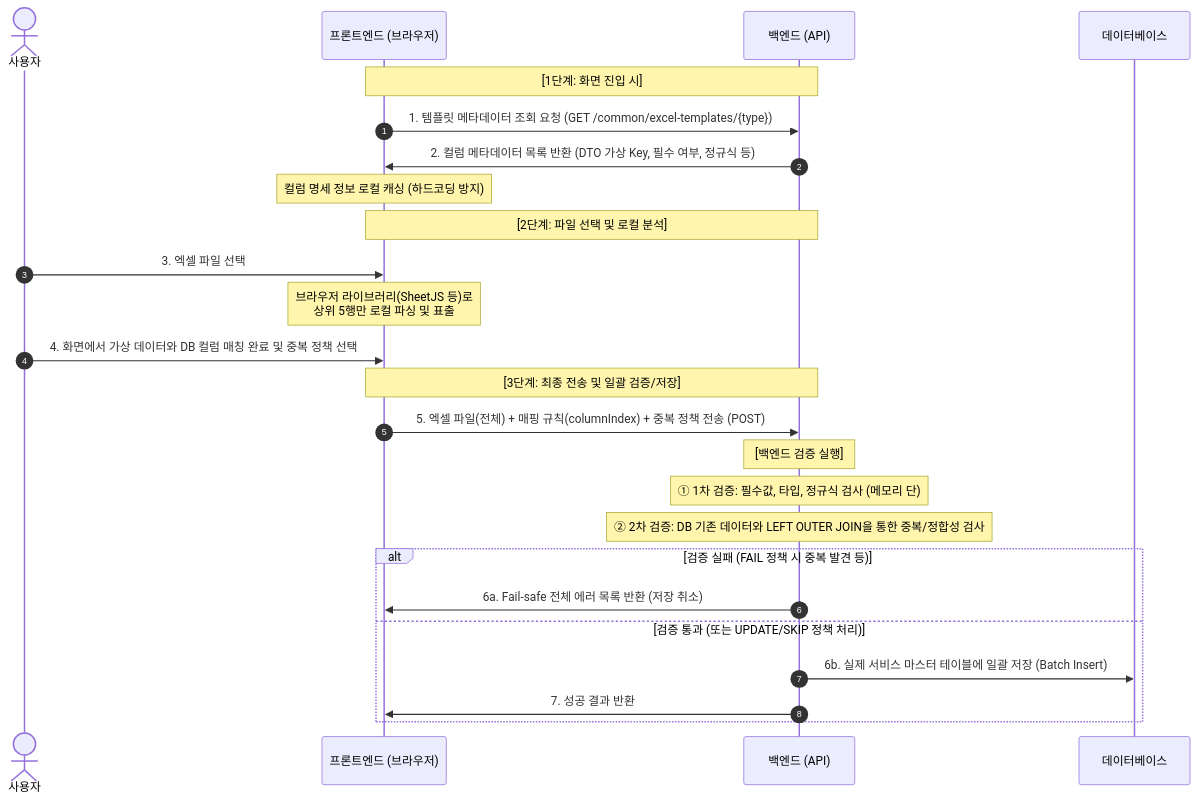
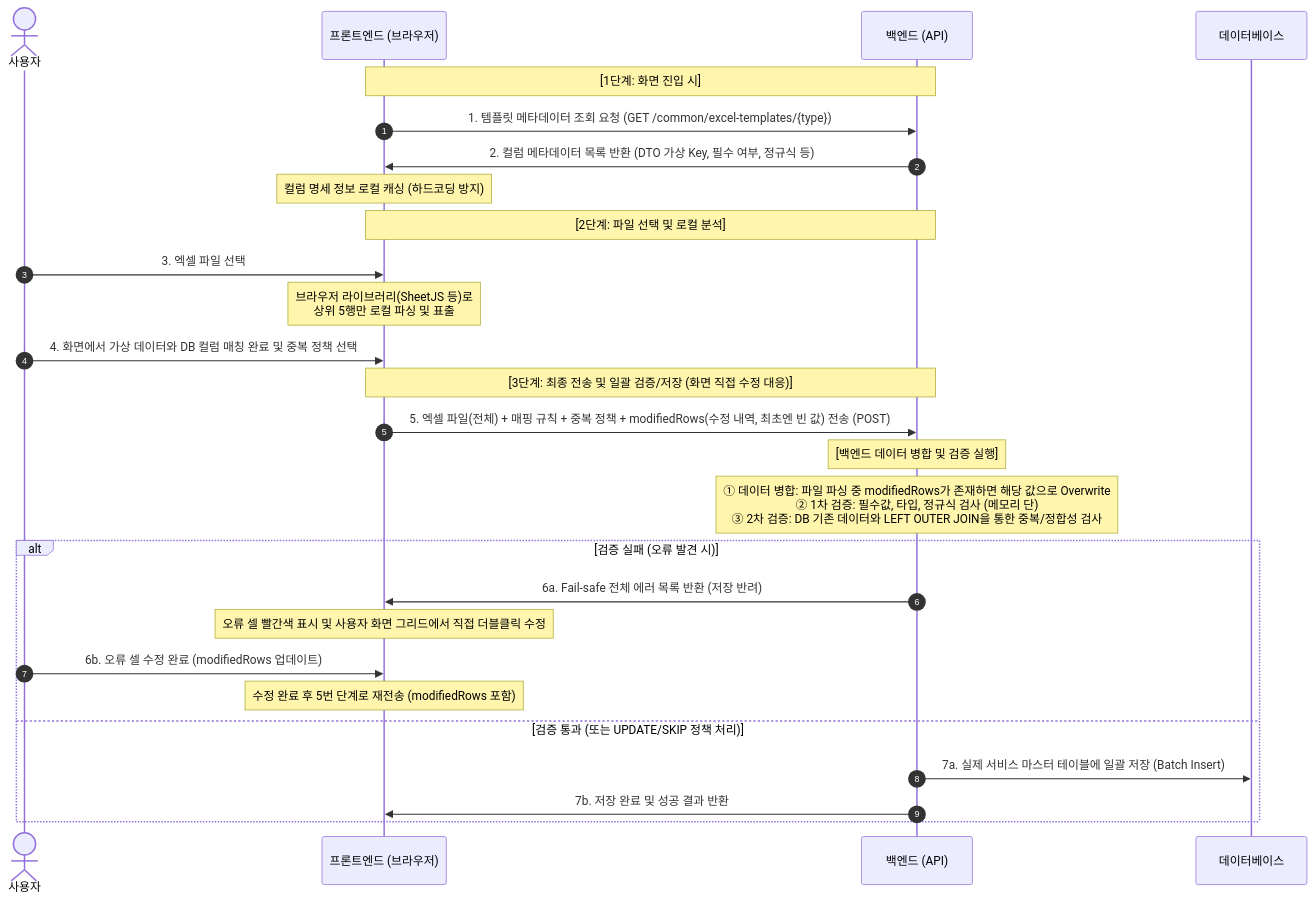
Before and after one commit to gahz8212/sa_cp7-back: the diagram in excel_import_architecture_c.md, drawn with Mermaid. The commit also changed other lines of this file and 1 other file, not shown here.

````diff
--- a/excel_import_architecture_c.md
+++ b/excel_import_architecture_c.md
@@ -25,32 +25,34 @@
 ```mermaid
 sequenceDiagram
     autonumber
     actor User as 사용자
     participant FE as 프론트엔드 (브라우저)
     participant BE as 백엔드 (API)
     participant DB as 데이터베이스
 
     Note over FE, BE: [1단계: 화면 진입 시]
     FE->>BE: 1. 템플릿 메타데이터 조회 요청 (GET /common/excel-templates/{type})
     BE->>FE: 2. 컬럼 메타데이터 목록 반환 (DTO 가상 Key, 필수 여부, 정규식 등)
     Note over FE: 컬럼 명세 정보 로컬 캐싱 (하드코딩 방지)
 
     Note over FE, BE: [2단계: 파일 선택 및 로컬 분석]
     User->>FE: 3. 엑셀 파일 선택
     Note over FE: 브라우저 라이브러리(SheetJS 등)로<br/>상위 5행만 로컬 파싱 및 표출
     User->>FE: 4. 화면에서 가상 데이터와 DB 컬럼 매칭 완료 및 중복 정책 선택
 
-    Note over FE, BE: [3단계: 최종 전송 및 일괄 검증/저장]
-    FE->>BE: 5. 엑셀 파일(전체) + 매핑 규칙(columnIndex) + 중복 정책 전송 (POST)
+    Note over FE, BE: [3단계: 최종 전송 및 일괄 검증/저장 (화면 직접 수정 대응)]
+    FE->>BE: 5. 엑셀 파일(전체) + 매핑 규칙 + 중복 정책 + modifiedRows(수정 내역, 최초엔 빈 값) 전송 (POST)
     
-    Note over BE: [백엔드 검증 실행]
-    Note over BE: ① 1차 검증: 필수값, 타입, 정규식 검사 (메모리 단)
-    Note over BE: ② 2차 검증: DB 기존 데이터와 LEFT OUTER JOIN을 통한 중복/정합성 검사
+    Note over BE: [백엔드 데이터 병합 및 검증 실행]
+    Note over BE: ① 데이터 병합: 파일 파싱 중 modifiedRows가 존재하면 해당 값으로 Overwrite<br/>② 1차 검증: 필수값, 타입, 정규식 검사 (메모리 단)<br/>③ 2차 검증: DB 기존 데이터와 LEFT OUTER JOIN을 통한 중복/정합성 검사
     
-    alt 검증 실패 (FAIL 정책 시 중복 발견 등)
-        BE->>FE: 6a. Fail-safe 전체 에러 목록 반환 (저장 취소)
+    alt 검증 실패 (오류 발견 시)
+        BE->>FE: 6a. Fail-safe 전체 에러 목록 반환 (저장 반려)
+        Note over FE: 오류 셀 빨간색 표시 및 사용자 화면 그리드에서 직접 더블클릭 수정
+        User->>FE: 6b. 오류 셀 수정 완료 (modifiedRows 업데이트)
+        Note over FE: 수정 완료 후 5번 단계로 재전송 (modifiedRows 포함)
     else 검증 통과 (또는 UPDATE/SKIP 정책 처리)
-        BE->>DB: 6b. 실제 서비스 마스터 테이블에 일괄 저장 (Batch Insert)
-        BE->>FE: 7. 성공 결과 반환
+        BE->>DB: 7a. 실제 서비스 마스터 테이블에 일괄 저장 (Batch Insert)
+        BE->>FE: 7b. 저장 완료 및 성공 결과 반환
     end
 ```
````
